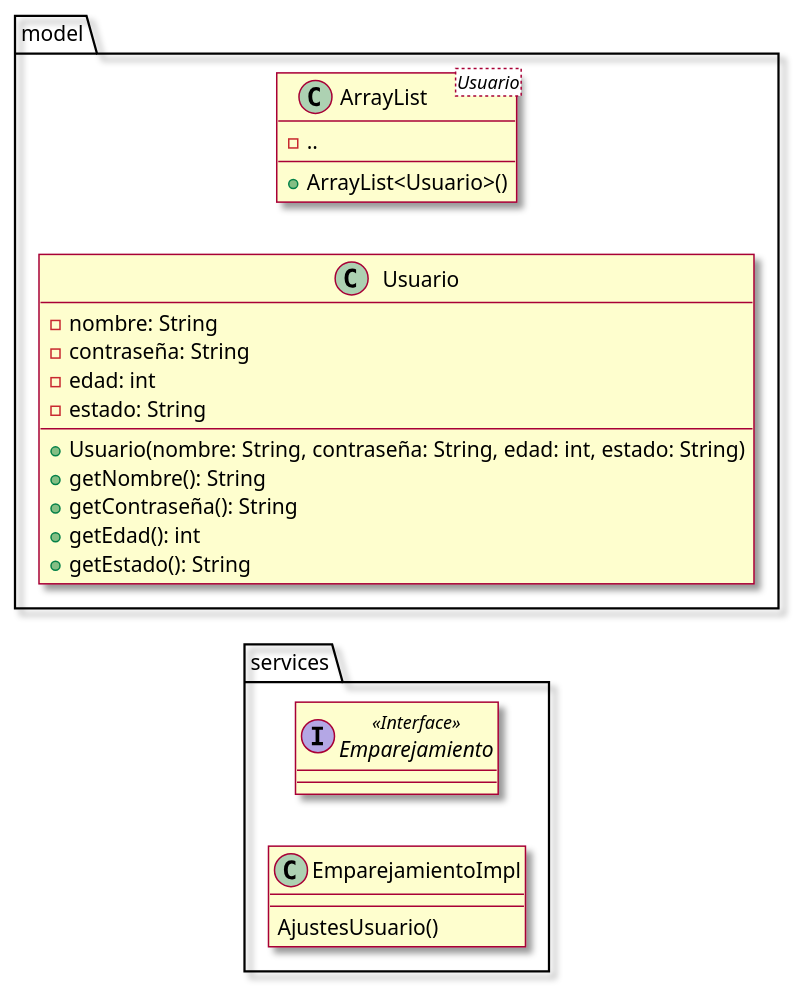
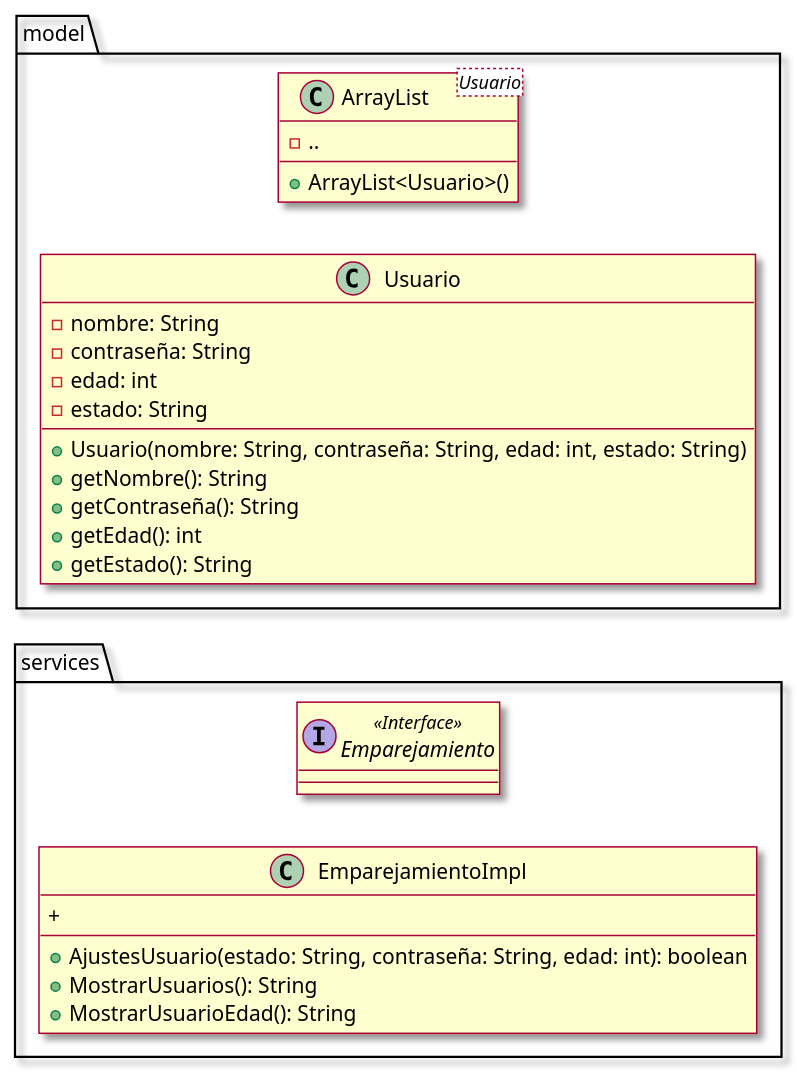
One commit to nipraaa/taller3 changed the diagram in taller-3/docs/clases.puml. Above: the diagram before and after it, drawn with PlantUML. The commit also changed 1 other file, not shown here.

```diff
--- a/taller-3/docs/clases.puml
+++ b/taller-3/docs/clases.puml
@@ -1,34 +1,37 @@
 @startuml
 left to right direction
 skin rose
 set separator none
 !pragma useIntermediatePackages false
 package services{
     interface Emparejamiento<<Interface>> {
     }
 
     class EmparejamientoImpl {
-    AjustesUsuario()
+    +AjustesUsuario(estado: String, contraseña: String, edad: int): boolean
+    +MostrarUsuarios(): String
+    +MostrarUsuarioEdad(): String
+    +
     }
 }
 package model{
     class ArrayList<Usuario>{
         -..
         +ArrayList<Usuario>()
     }
     class Usuario{
         -nombre: String
         -contraseña: String
         -edad: int
         -estado: String
         +Usuario(nombre: String, contraseña: String, edad: int, estado: String)
         +getNombre(): String
         +getContraseña(): String
         +getEdad(): int
         +getEstado(): String
     }
 
 }
 
 
 @enduml
```
